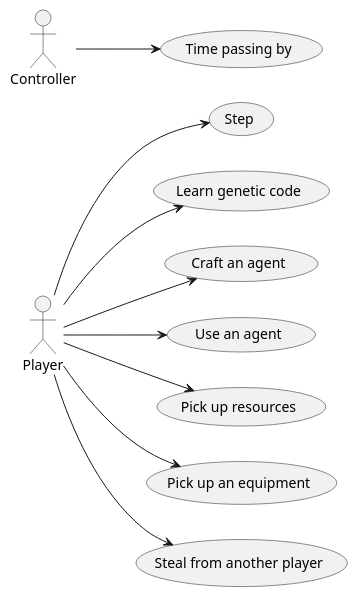
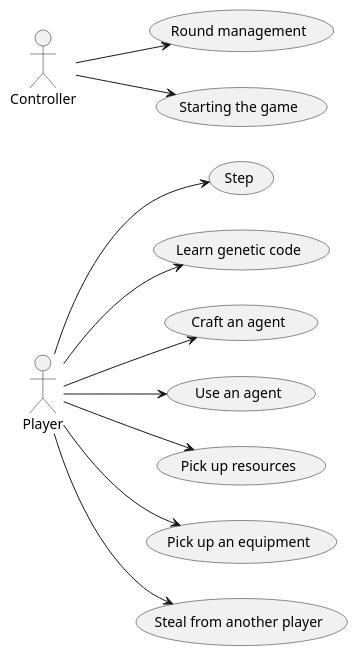
One commit to Tschonti/503-service-unavailable changed the diagram in docs/useCases/usecase.puml. Above: the diagram before and after it, drawn with PlantUML. The commit also changed 4 other files, not shown here.

```diff
--- a/docs/useCases/usecase.puml
+++ b/docs/useCases/usecase.puml
@@ -1,22 +1,24 @@
 @startuml
 left to right direction
 (Step) as (lep)
 (Learn genetic code) as (gen)
 (Craft an agent) as (cr_ag)
 (Use an agent) as (use_ag)
 (Pick up resources) as (pu_mat)
 (Pick up an equipment) as (pu_eq)
 (Steal from another player) as (steal)
-(Time passing by) as (time)
+(Round management) as (time)
+(Starting the game) as (game)
 
 actor Player as j1
 actor Controller as k
-k --> time
+k --> (time)
+k --> (game)
 j1 --> lep
 j1 --> gen
 j1 --> cr_ag
 j1 --> use_ag
 j1 --> pu_mat
 j1 --> pu_eq
 j1 --> steal
 @enduml
```
